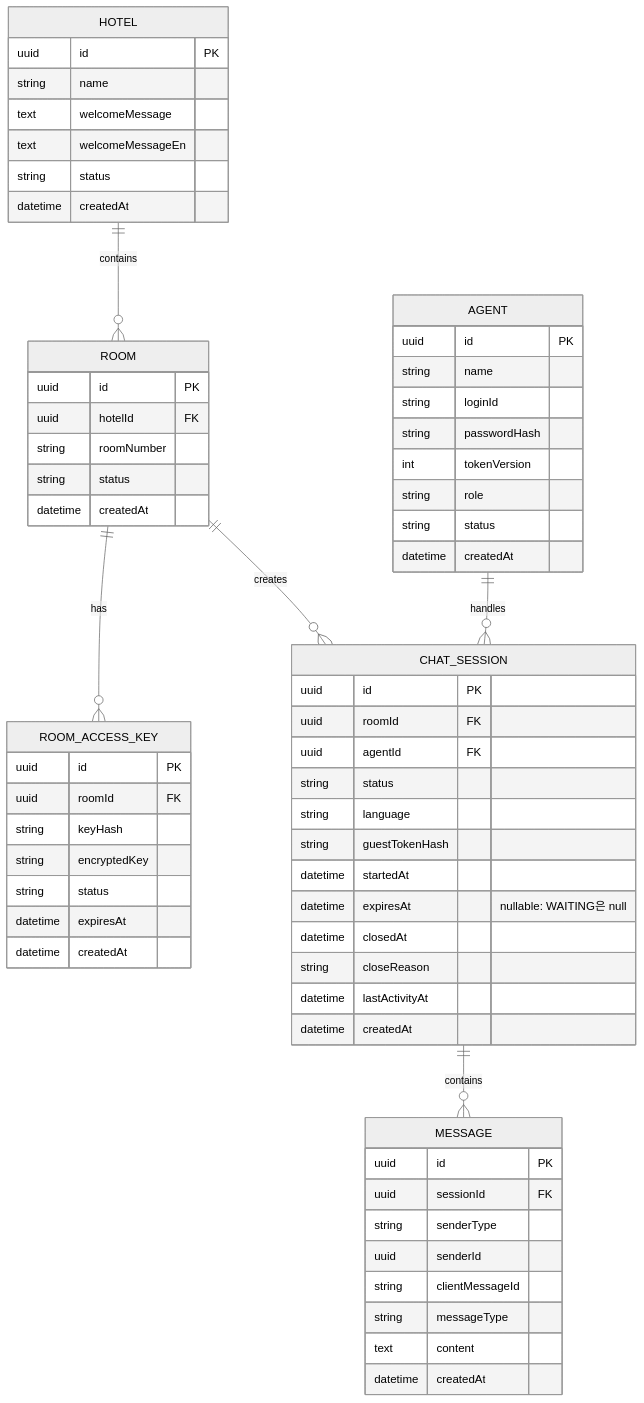
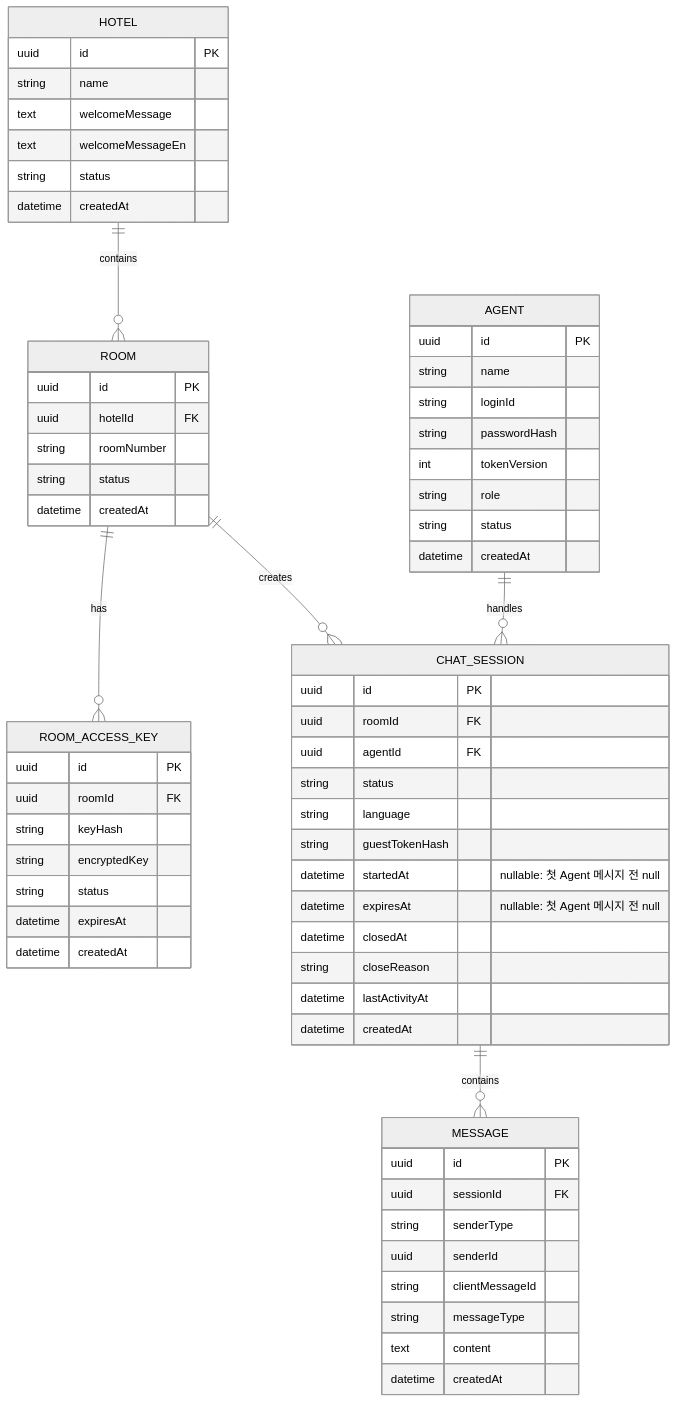
Before and after one commit to miffy9999/RemotePlus_Chat: the third of 6 diagrams in docs/00_Base_Specification.md, drawn with Mermaid (neutral theme). The commit also changed other lines of this file and 30 other files, not shown here.

````diff
--- a/docs/00_Base_Specification.md
+++ b/docs/00_Base_Specification.md
@@ -493,72 +494,72 @@
 ```mermaid
 erDiagram
     HOTEL ||--o{ ROOM : contains
     ROOM ||--o{ ROOM_ACCESS_KEY : has
     ROOM ||--o{ CHAT_SESSION : creates
     AGENT ||--o{ CHAT_SESSION : handles
     CHAT_SESSION ||--o{ MESSAGE : contains
 
     HOTEL {
         uuid id PK
         string name
         text welcomeMessage
         text welcomeMessageEn
         string status
         datetime createdAt
     }
 
     ROOM {
         uuid id PK
         uuid hotelId FK
         string roomNumber
         string status
         datetime createdAt
     }
 
     ROOM_ACCESS_KEY {
         uuid id PK
         uuid roomId FK
         string keyHash
         string encryptedKey
         string status
         datetime expiresAt
         datetime createdAt
     }
 
     AGENT {
         uuid id PK
         string name
         string loginId
         string passwordHash
         int tokenVersion
         string role
         string status
         datetime createdAt
     }
 
     CHAT_SESSION {
         uuid id PK
         uuid roomId FK
         uuid agentId FK
         string status
         string language
         string guestTokenHash
-        datetime startedAt
-        datetime expiresAt "nullable: WAITING은 null"
+        datetime startedAt "nullable: 첫 Agent 메시지 전 null"
+        datetime expiresAt "nullable: 첫 Agent 메시지 전 null"
         datetime closedAt
         string closeReason
         datetime lastActivityAt
         datetime createdAt
     }
 
     MESSAGE {
         uuid id PK
         uuid sessionId FK
         string senderType
         uuid senderId
         string clientMessageId
         string messageType
         text content
         datetime createdAt
     }
 ```
````
